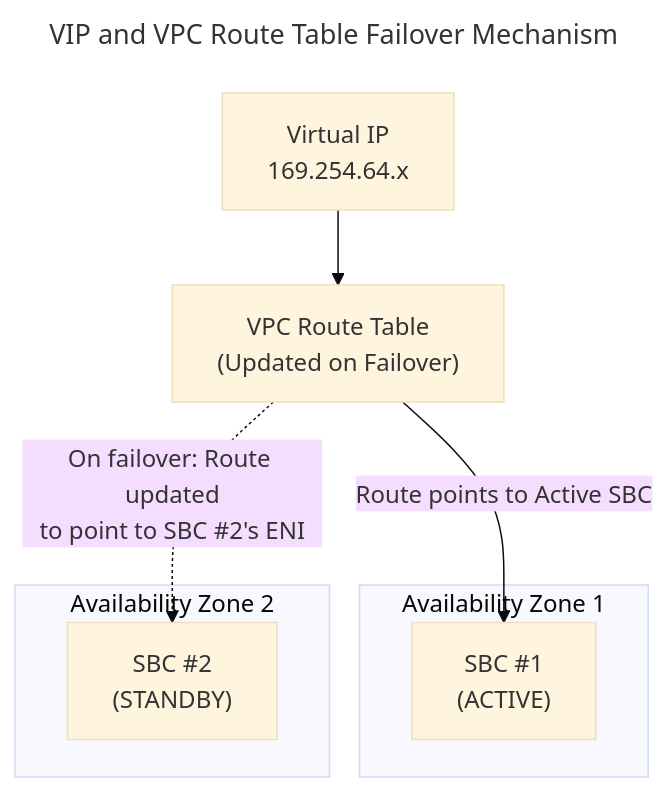
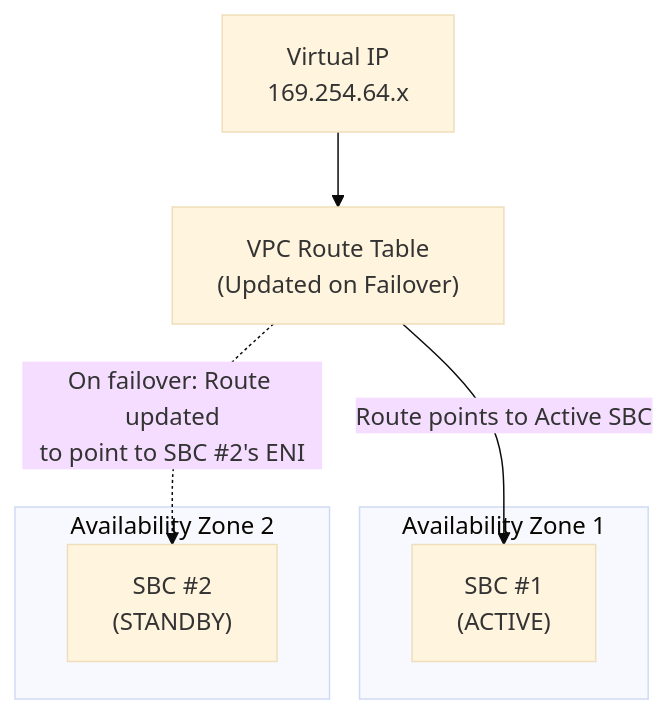
The eighth of 26 diagrams in AudioCodes-AWS-Deployment-Guide.md (kevinsing999/public), drawn with Mermaid (base theme) before and after one commit. The commit also changed other lines of this file and 4 other files, not shown here.

First line of the commit message:
Fix GitHub mermaid rendering: replace unsupported syntax across 20 diagrams

````diff
--- a/AudioCodes-AWS-Deployment-Guide.md
+++ b/AudioCodes-AWS-Deployment-Guide.md
@@ -2484,20 +2488,17 @@
 ```mermaid
----
-title: VIP and VPC Route Table Failover Mechanism
----
 flowchart TB
     VIP["Virtual IP<br/>169.254.64.x"]
     RouteTable["VPC Route Table<br/>(Updated on Failover)"]
 
     subgraph AZ1["Availability Zone 1"]
         SBC1["SBC #1<br/>(ACTIVE)"]
     end
 
     subgraph AZ2["Availability Zone 2"]
         SBC2["SBC #2<br/>(STANDBY)"]
     end
 
     VIP --> RouteTable
     RouteTable -->|"Route points to Active SBC"| SBC1
     RouteTable -.->|"On failover: Route updated<br/>to point to SBC #2's ENI"| SBC2
 ```
````
